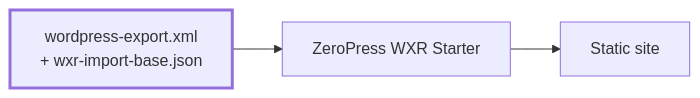
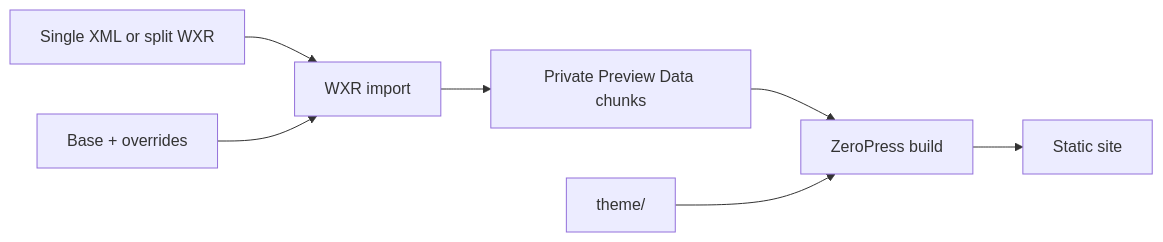
One commit to zeropress-app/zeropress-starter-wxr changed the diagram in README.md. Above: the diagram before and after it, drawn with Mermaid. The commit also changed other lines of this file and 1 other file, not shown here.

Commit message:
docs(starter): align publishing guidance with ZeroPress Static 1.1.0

````diff
--- a/README.md
+++ b/README.md
@@ -227,10 +230,9 @@
 ```mermaid
 flowchart LR
-    Inputs["wordpress-export.xml<br/>+ wxr-import-base.json"]
-    Starter["ZeroPress WXR Starter"]
-    Site["Static site"]
-
-    Inputs --> Starter --> Site
-
-    style Inputs stroke-width:3px
+    WXR["Single XML or split WXR"] --> Import["WXR import"]
+    Settings["Base + overrides"] --> Import
+    Import --> Data["Private Preview Data chunks"]
+    Data --> Build["ZeroPress build"]
+    Theme["theme/"] --> Build
+    Build --> Site["Static site"]
 ```
````
